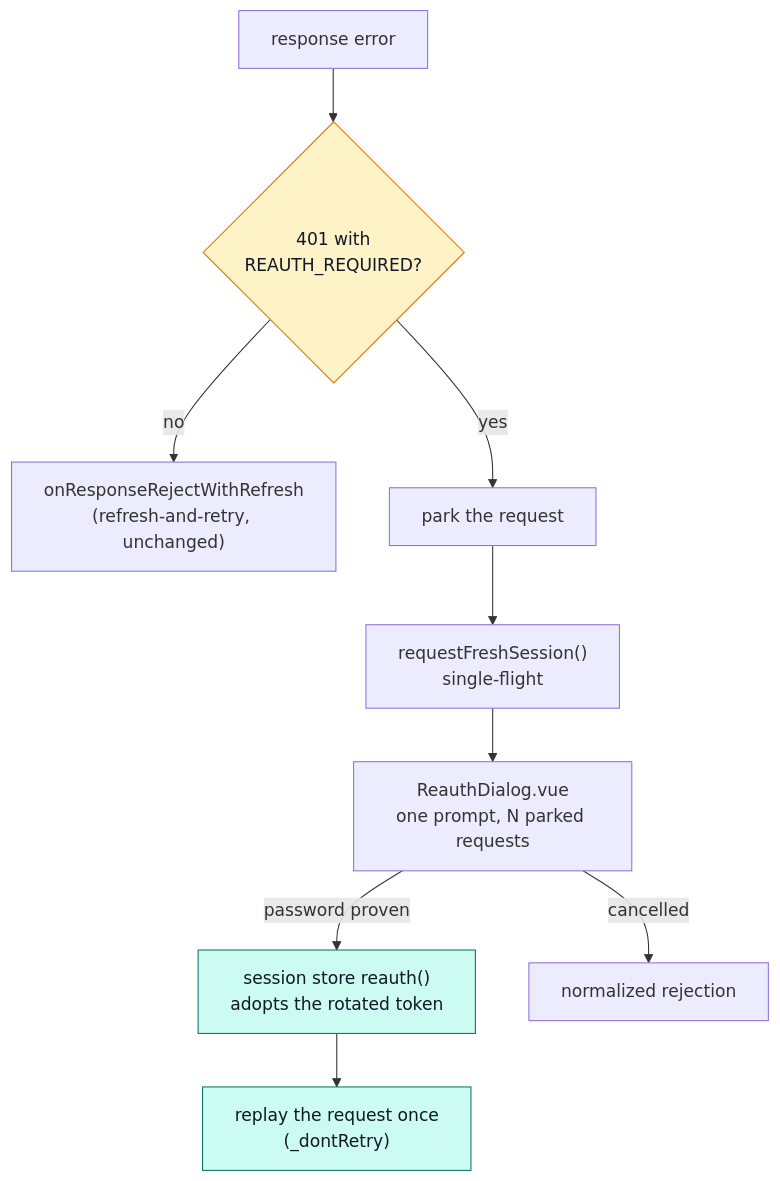
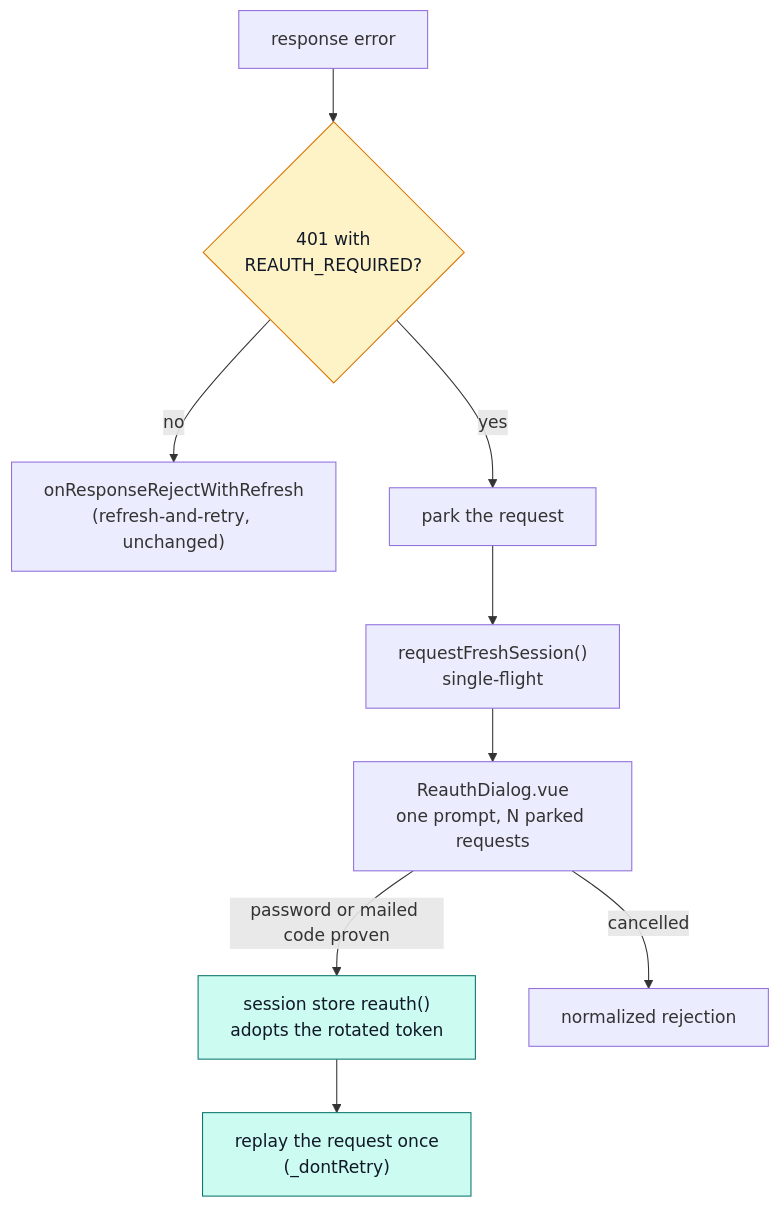
The third of 3 diagrams in docs/modules/account.md (Guebbit/boilerplate-vue-frontend), drawn with Mermaid before and after one commit. The commit also changed other lines of this file and 14 other files, not shown here.

````diff
--- a/docs/modules/account.md
+++ b/docs/modules/account.md
@@ -311,16 +313,16 @@
 ```mermaid
 flowchart TD
     R["response error"] --> S{"401 with<br/>REAUTH_REQUIRED?"}
     S -->|no| REF["onResponseRejectWithRefresh<br/>(refresh-and-retry, unchanged)"]
     S -->|yes| P["park the request"]
     P --> SF["requestFreshSession()<br/>single-flight"]
     SF --> D["ReauthDialog.vue<br/>one prompt, N parked requests"]
-    D -->|password proven| RA["session store reauth()<br/>adopts the rotated token"]
+    D -->|password or mailed code proven| RA["session store reauth()<br/>adopts the rotated token"]
     RA --> RP["replay the request once<br/>(_dontRetry)"]
     D -->|cancelled| REJ["normalized rejection"]
 
     classDef gate fill:#fef3c7,stroke:#d97706,color:#111827;
     classDef ok fill:#ccfbf1,stroke:#0f766e,color:#111827;
     class S gate;
     class RP,RA ok;
 ```
````
